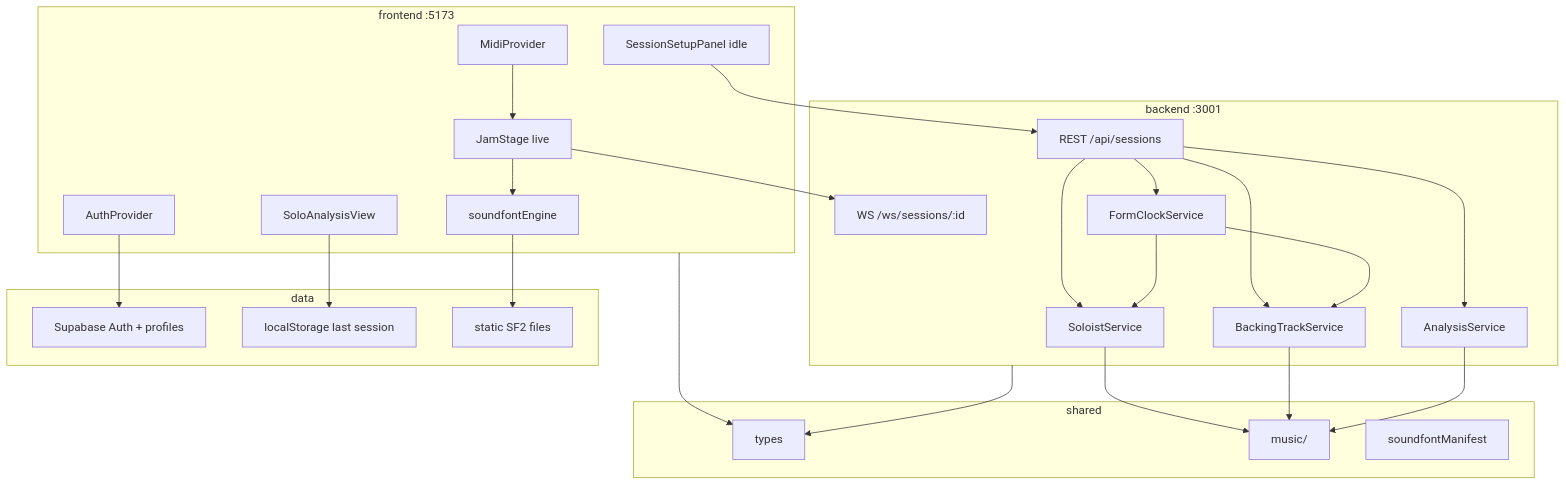
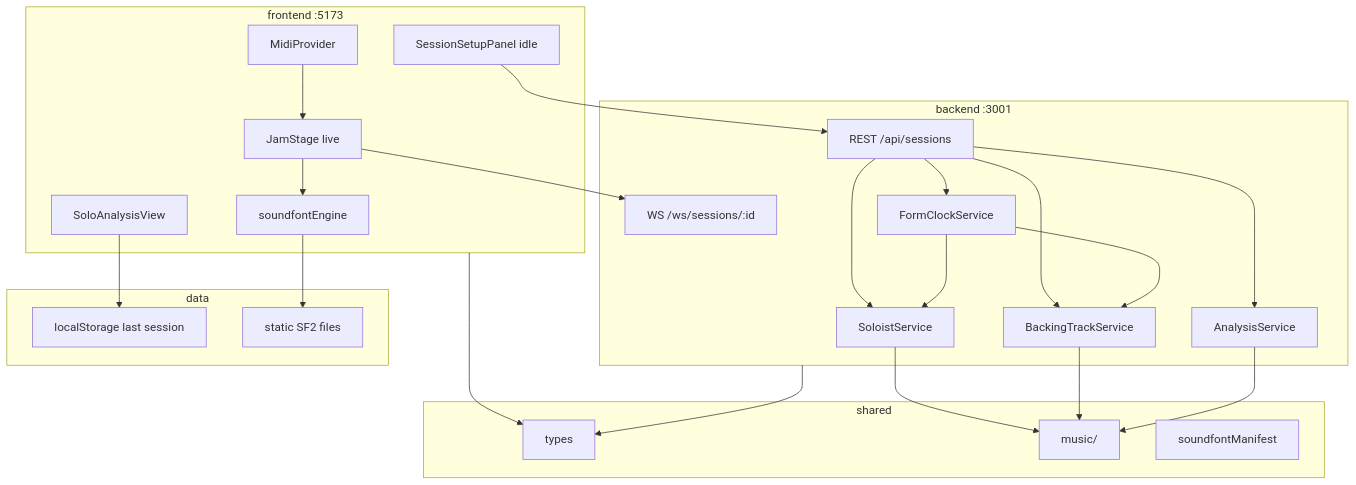
Before and after one commit to patricksullivan123411223344/music-gen-repo: the diagram in cursor-docs/current-standing.md, drawn with Mermaid. The commit also changed other lines of this file and 426 other files, not shown here.

````diff
--- a/cursor-docs/current-standing.md
+++ b/cursor-docs/current-standing.md
@@ -82,48 +78,45 @@
 ```mermaid
 flowchart TB
   subgraph fe [frontend :5173]
     Setup[SessionSetupPanel idle]
     Stage[JamStage live]
     AnalysisUI[SoloAnalysisView]
-    Auth[AuthProvider]
     Midi[MidiProvider]
     Audio[soundfontEngine]
   end
   subgraph be [backend :3001]
     REST[REST /api/sessions]
     WS[WS /ws/sessions/:id]
     Clock[FormClockService]
     Solo[SoloistService]
     Back[BackingTrackService]
     An[AnalysisService]
   end
   subgraph sharedPkg [shared]
     Types[types]
     Music[music/]
     SFMap[soundfontManifest]
   end
   subgraph data [data]
-    Supa[Supabase Auth + profiles]
     LS[localStorage last session]
     SF2[static SF2 files]
   end
 
   Setup --> REST
   Stage --> WS
   Stage --> Audio
   Audio --> SF2
-  Auth --> Supa
   Midi --> Stage
   REST --> Clock
   REST --> Solo
   REST --> Back
   REST --> An
   Clock --> Solo
   Clock --> Back
   Solo --> Music
   Back --> Music
   An --> Music
   AnalysisUI --> LS
   fe --> Types
   be --> Types
 ```
````
